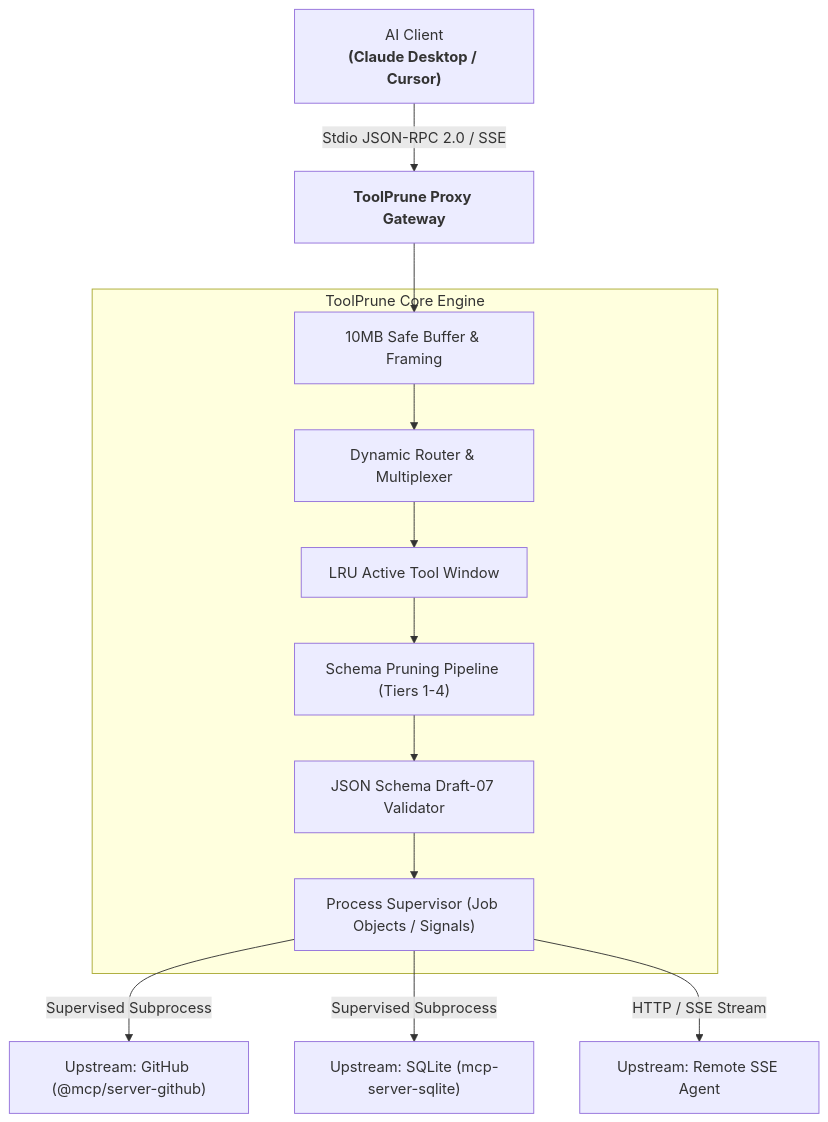
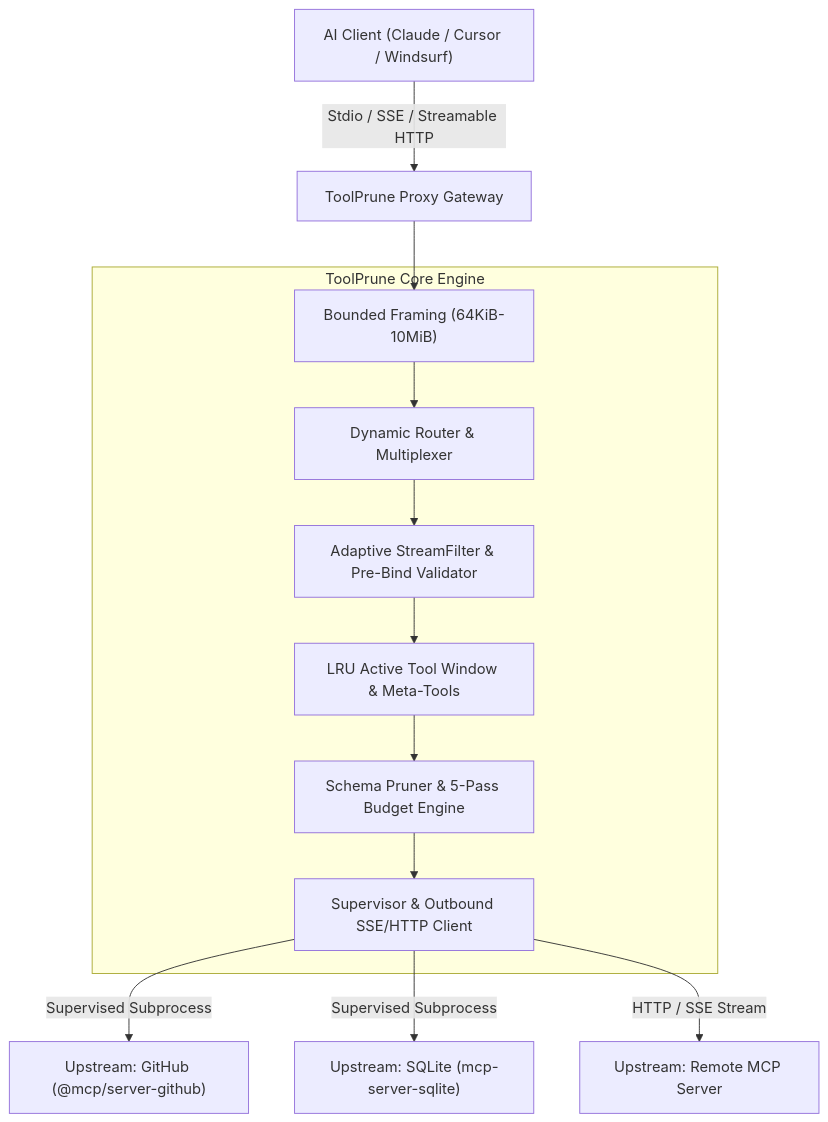
One commit to aloneangel45/toolprune changed the first of 2 diagrams in README.md. Above: the diagram before and after it, drawn with Mermaid. The commit also changed other lines of this file and 65 other files, not shown here.

First line of the commit message:
feat(pruner,proxy,router): adaptive token-budget stream filter, Streamable HTTP & multi-upstream gateway (#4)

````diff
--- a/README.md
+++ b/README.md
@@ -197,17 +212,17 @@
 ```mermaid
 graph TD
-    Client["AI Client<br><b>(Claude Desktop / Cursor)</b>"] -->|Stdio JSON-RPC 2.0 / SSE| TP["<b>ToolPrune Proxy Gateway</b>"]
-    
+    Client["AI Client (Claude / Cursor / Windsurf)"] -->|Stdio / SSE / Streamable HTTP| TP["ToolPrune Proxy Gateway"]
+
     subgraph TP_Engine ["ToolPrune Core Engine"]
-        Buffer["10MB Safe Buffer & Framing"] --> Router["Dynamic Router & Multiplexer"]
-        Router --> Window["LRU Active Tool Window"]
-        Window --> Pruner["Schema Pruning Pipeline (Tiers 1-4)"]
-        Pruner --> Guardrail["JSON Schema Draft-07 Validator"]
-        Guardrail --> Sup["Process Supervisor (Job Objects / Signals)"]
+        Buffer["Bounded Framing (64KiB-10MiB)"] --> Router["Dynamic Router & Multiplexer"]
+        Router --> Filter["Adaptive StreamFilter & Pre-Bind Validator"]
+        Filter --> Window["LRU Active Tool Window & Meta-Tools"]
+        Window --> Pruner["Schema Pruner & 5-Pass Budget Engine"]
+        Pruner --> Sup["Supervisor & Outbound SSE/HTTP Client"]
     end
-    
+
     TP --> Buffer
     Sup -->|Supervised Subprocess| UP1["Upstream: GitHub (@mcp/server-github)"]
     Sup -->|Supervised Subprocess| UP2["Upstream: SQLite (mcp-server-sqlite)"]
-    Sup -->|HTTP / SSE Stream| UP3["Upstream: Remote SSE Agent"]
+    Sup -->|HTTP / SSE Stream| UP3["Upstream: Remote MCP Server"]
 ```
````
